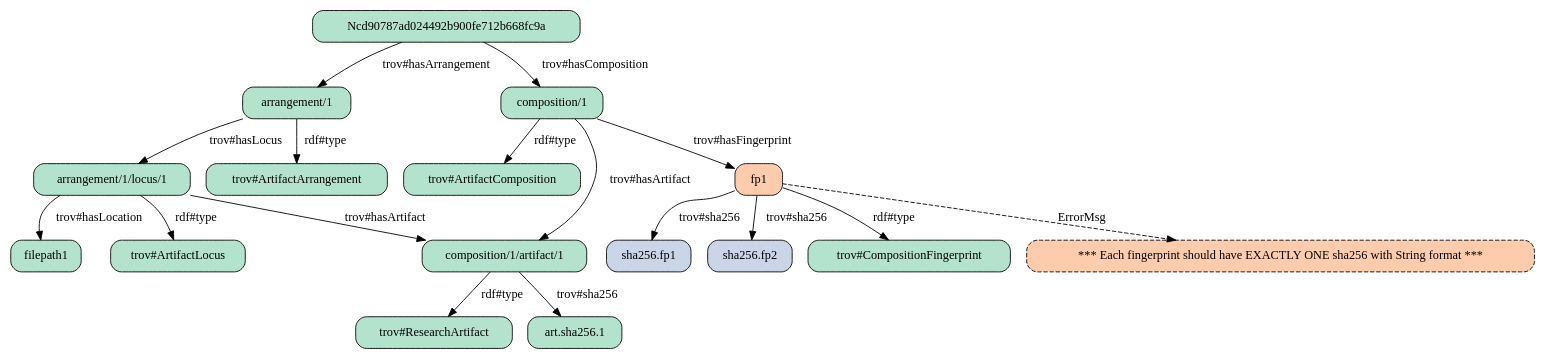
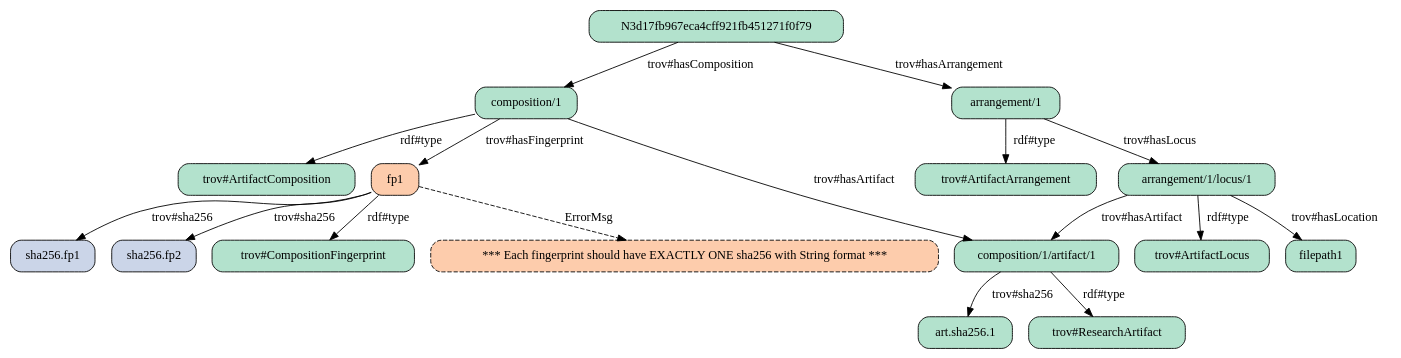
One commit to repros-dev/trace-model changed the diagram in demo/02-explorations/12-validate-jsonld/06-test-tro-wrong-cases/products/tro5.gv. Above: the diagram before and after it, drawn with Graphviz. The commit also changed 33 other files, not shown here.

```diff
--- a/demo/02-explorations/12-validate-jsonld/06-test-tro-wrong-cases/products/tro5.gv
+++ b/demo/02-explorations/12-validate-jsonld/06-test-tro-wrong-cases/products/tro5.gv
@@ -1,67 +1,67 @@
 strict digraph "" {
 	"composition/1/artifact/1"	[fillcolor="#b3e2cd",
 		shape=box,
 		style="filled, rounded"];
+	"art.sha256.1"	[fillcolor="#b3e2cd",
+		shape=box,
+		style="filled, rounded"];
+	"composition/1/artifact/1" -> "art.sha256.1"	[label="trov#sha256"];
 	"trov#ResearchArtifact"	[fillcolor="#b3e2cd",
 		shape=box,
 		style="filled, rounded"];
 	"composition/1/artifact/1" -> "trov#ResearchArtifact"	[label="rdf#type"];
-	"art.sha256.1"	[fillcolor="#b3e2cd",
-		shape=box,
-		style="filled, rounded"];
-	"composition/1/artifact/1" -> "art.sha256.1"	[label="trov#sha256"];
-	"arrangement/1"	[fillcolor="#b3e2cd",
-		shape=box,
-		style="filled, rounded"];
-	"trov#ArtifactArrangement"	[fillcolor="#b3e2cd",
-		shape=box,
-		style="filled, rounded"];
-	"arrangement/1" -> "trov#ArtifactArrangement"	[label="rdf#type"];
-	"arrangement/1/locus/1"	[fillcolor="#b3e2cd",
-		shape=box,
-		style="filled, rounded"];
-	"arrangement/1" -> "arrangement/1/locus/1"	[label="trov#hasLocus"];
-	Ncd90787ad024492b900fe712b668fc9a	[fillcolor="#b3e2cd",
-		shape=box,
-		style="filled, rounded"];
-	Ncd90787ad024492b900fe712b668fc9a -> "arrangement/1"	[label="trov#hasArrangement"];
-	"composition/1"	[fillcolor="#b3e2cd",
-		shape=box,
-		style="filled, rounded"];
-	Ncd90787ad024492b900fe712b668fc9a -> "composition/1"	[label="trov#hasComposition"];
 	fp1	[fillcolor="#fdccac",
 		shape=box,
 		style="filled, rounded"];
 	"sha256.fp1"	[fillcolor="#cbd5e8",
 		shape=box,
 		style="filled, rounded"];
 	fp1 -> "sha256.fp1"	[label="trov#sha256"];
 	"sha256.fp2"	[fillcolor="#cbd5e8",
 		shape=box,
 		style="filled, rounded"];
 	fp1 -> "sha256.fp2"	[label="trov#sha256"];
 	"trov#CompositionFingerprint"	[fillcolor="#b3e2cd",
 		shape=box,
 		style="filled, rounded"];
 	fp1 -> "trov#CompositionFingerprint"	[label="rdf#type"];
 	"*** Each fingerprint should have EXACTLY ONE sha256 with String format ***"	[fillcolor="#fdccac",
 		shape=box,
 		style="filled, rounded, dashed"];
 	fp1 -> "*** Each fingerprint should have EXACTLY ONE sha256 with String format ***"	[label=ErrorMsg,
 		style=dashed];
+	"arrangement/1/locus/1"	[fillcolor="#b3e2cd",
+		shape=box,
+		style="filled, rounded"];
 	"arrangement/1/locus/1" -> "composition/1/artifact/1"	[label="trov#hasArtifact"];
+	filepath1	[fillcolor="#b3e2cd",
+		shape=box,
+		style="filled, rounded"];
+	"arrangement/1/locus/1" -> filepath1	[label="trov#hasLocation"];
 	"trov#ArtifactLocus"	[fillcolor="#b3e2cd",
 		shape=box,
 		style="filled, rounded"];
 	"arrangement/1/locus/1" -> "trov#ArtifactLocus"	[label="rdf#type"];
-	filepath1	[fillcolor="#b3e2cd",
+	"composition/1"	[fillcolor="#b3e2cd",
 		shape=box,
 		style="filled, rounded"];
-	"arrangement/1/locus/1" -> filepath1	[label="trov#hasLocation"];
 	"composition/1" -> "composition/1/artifact/1"	[label="trov#hasArtifact"];
 	"composition/1" -> fp1	[label="trov#hasFingerprint"];
 	"trov#ArtifactComposition"	[fillcolor="#b3e2cd",
 		shape=box,
 		style="filled, rounded"];
 	"composition/1" -> "trov#ArtifactComposition"	[label="rdf#type"];
+	"arrangement/1"	[fillcolor="#b3e2cd",
+		shape=box,
+		style="filled, rounded"];
+	"arrangement/1" -> "arrangement/1/locus/1"	[label="trov#hasLocus"];
+	"trov#ArtifactArrangement"	[fillcolor="#b3e2cd",
+		shape=box,
+		style="filled, rounded"];
+	"arrangement/1" -> "trov#ArtifactArrangement"	[label="rdf#type"];
+	N3d17fb967eca4cff921fb451271f0f79	[fillcolor="#b3e2cd",
+		shape=box,
+		style="filled, rounded"];
+	N3d17fb967eca4cff921fb451271f0f79 -> "composition/1"	[label="trov#hasComposition"];
+	N3d17fb967eca4cff921fb451271f0f79 -> "arrangement/1"	[label="trov#hasArrangement"];
 }
```
